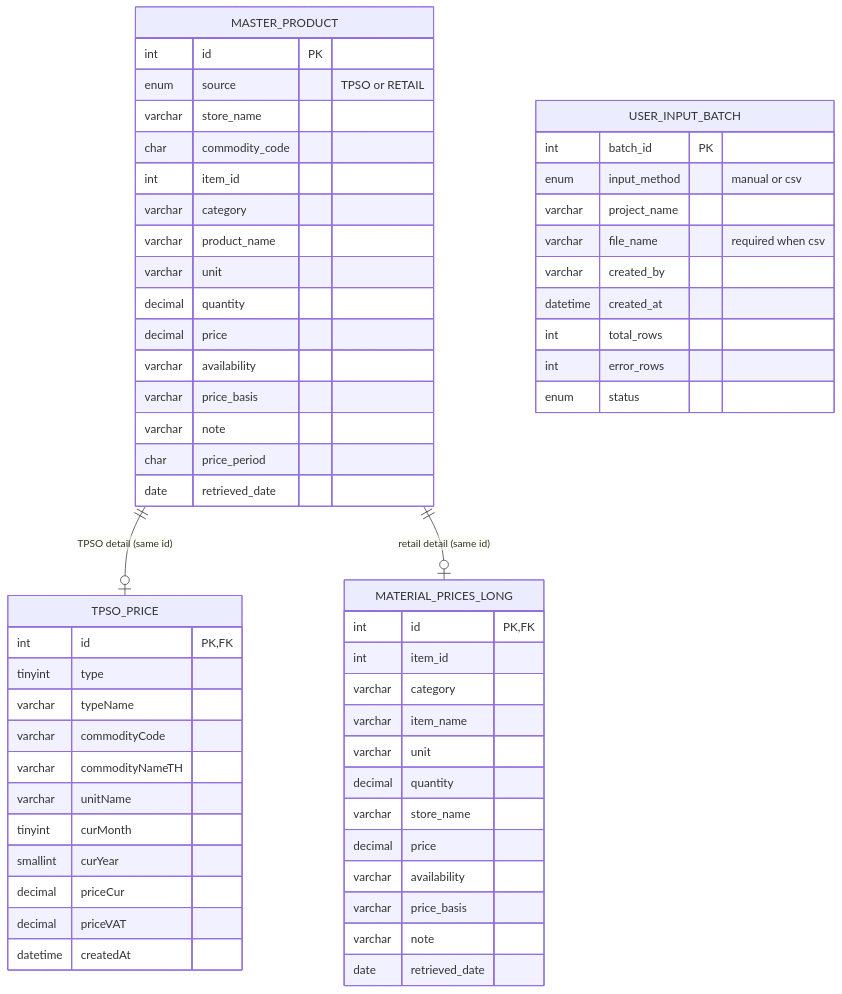
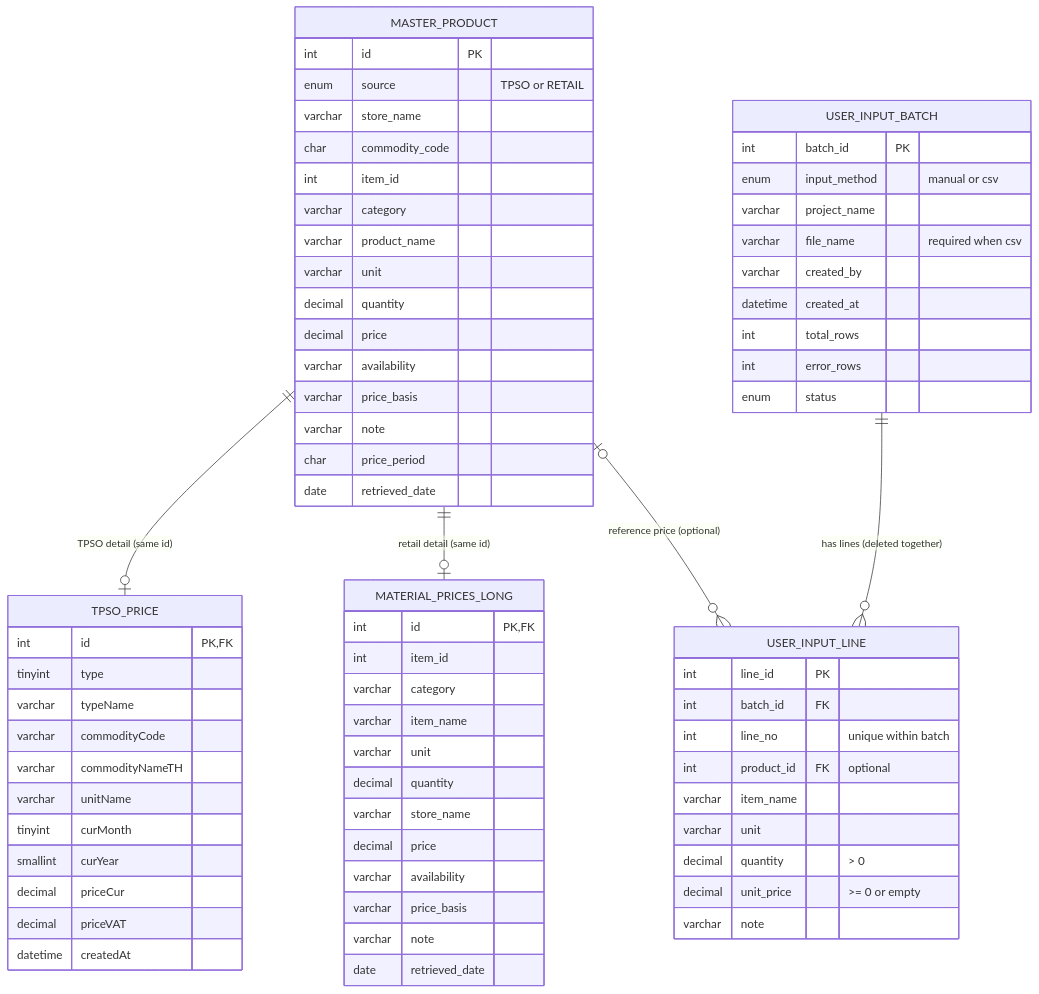
One commit to napasorn-p/DADS4002-boq-intelligence-platform changed the diagram in docs/ER_Diagram.md. Above: the diagram before and after it, drawn with Mermaid. The commit also changed other lines of this file and 2 other files, not shown here.

Commit message:
Add user_input_line table for BOQ lines (schema, dump, ER doc)
One row per BOQ line in a user_input_batch, deleted with its batch,
optional product_id link to master_product. Dump regenerated: price rows
unchanged, only the new empty table added.

Claude-Session: https://claude.ai/code/session_0165ur7pQJnRJcgTuJLiGHCs

````diff
--- a/docs/ER_Diagram.md
+++ b/docs/ER_Diagram.md
@@ -7,61 +7,74 @@
 ```mermaid
 erDiagram
     MASTER_PRODUCT ||--o| TPSO_PRICE : "TPSO detail (same id)"
     MASTER_PRODUCT ||--o| MATERIAL_PRICES_LONG : "retail detail (same id)"
+    USER_INPUT_BATCH ||--o{ USER_INPUT_LINE : "has lines (deleted together)"
+    MASTER_PRODUCT |o--o{ USER_INPUT_LINE : "reference price (optional)"
 
     MASTER_PRODUCT {
         int id PK
         enum source "TPSO or RETAIL"
         varchar store_name
         char commodity_code
         int item_id
         varchar category
         varchar product_name
         varchar unit
         decimal quantity
         decimal price
         varchar availability
         varchar price_basis
         varchar note
         char price_period
         date retrieved_date
     }
     TPSO_PRICE {
         int id PK, FK
         tinyint type
         varchar typeName
         varchar commodityCode
         varchar commodityNameTH
         varchar unitName
         tinyint curMonth
         smallint curYear
         decimal priceCur
         decimal priceVAT
         datetime createdAt
     }
     MATERIAL_PRICES_LONG {
         int id PK, FK
         int item_id
         varchar category
         varchar item_name
         varchar unit
         decimal quantity
         varchar store_name
         decimal price
         varchar availability
         varchar price_basis
         varchar note
         date retrieved_date
     }
     USER_INPUT_BATCH {
         int batch_id PK
         enum input_method "manual or csv"
         varchar project_name
         varchar file_name "required when csv"
         varchar created_by
         datetime created_at
         int total_rows
         int error_rows
         enum status
     }
+    USER_INPUT_LINE {
+        int line_id PK
+        int batch_id FK
+        int line_no "unique within batch"
+        int product_id FK "optional"
+        varchar item_name
+        varchar unit
+        decimal quantity "> 0"
+        decimal unit_price ">= 0 or empty"
+        varchar note
+    }
 ```
````
